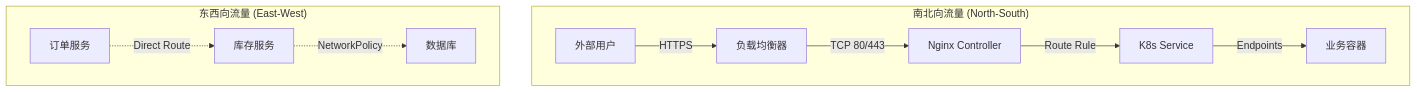
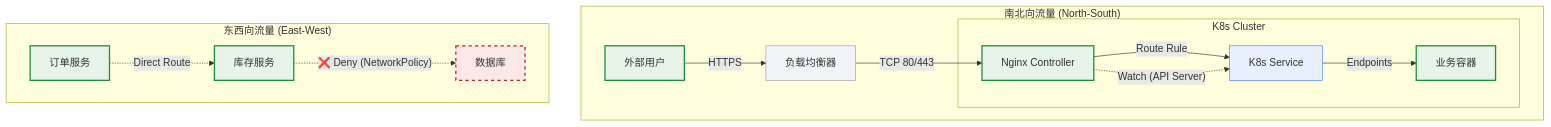
Before and after one commit to Zhu-song/k8s-microservice-platform: the first of 2 diagrams in README.md, drawn with Mermaid. The commit also changed other lines of this file, not shown here.

````diff
--- a/README.md
+++ b/README.md
@@ -75,14 +77,27 @@
 ```mermaid
 graph TD
+    %% 定义样式
+    classDef allowed fill:#e6f4ea,stroke:#1e8e3e,stroke-width:2px;
+    classDef blocked fill:#fce8e6,stroke:#c5221f,stroke-width:2px,stroke-dasharray: 5 5;
+    classDef infra fill:#f1f3f4,stroke:#9aa0a6,stroke-width:1px;
+    classDef k8s fill:#e8f0fe,stroke:#4285f4,stroke-width:1px;
+
     subgraph "南北向流量 (North-South)"
-        Client[外部用户] -->|HTTPS| SLB[负载均衡器]
-        SLB -->|TCP 80/443| Ingress[Nginx Controller]
-        Ingress -->|Route Rule| Svc[K8s Service]
-        Svc -->|Endpoints| Pod[业务容器]
+        Client[外部用户]:::allowed -->|HTTPS| SLB[负载均衡器]:::infra
+        SLB -->|TCP 80/443| Ingress[Nginx Controller]:::allowed
+        
+        subgraph "K8s Cluster"
+            Ingress -->|"Route Rule"| Svc[K8s Service]:::k8s
+            Svc -->|"Endpoints"| Pod[业务容器]:::allowed
+        end
     end
 
     subgraph "东西向流量 (East-West)"
-        PodA[订单服务] -.->|Direct Route| PodB[库存服务]
-        PodB -.->|NetworkPolicy| PodC[数据库]
+        direction LR
+        PodA[订单服务]:::allowed -.->|"Direct Route"| PodB[库存服务]:::allowed
+        PodB -.->|"❌ Deny (NetworkPolicy)"| PodC[数据库]:::blocked
     end
+
+    %% 关键修复：下面这一行必须加双引号，否则因为有括号 ( ) 会报错
+    Ingress o-.->|"Watch (API Server)"| Svc
 ```
````
